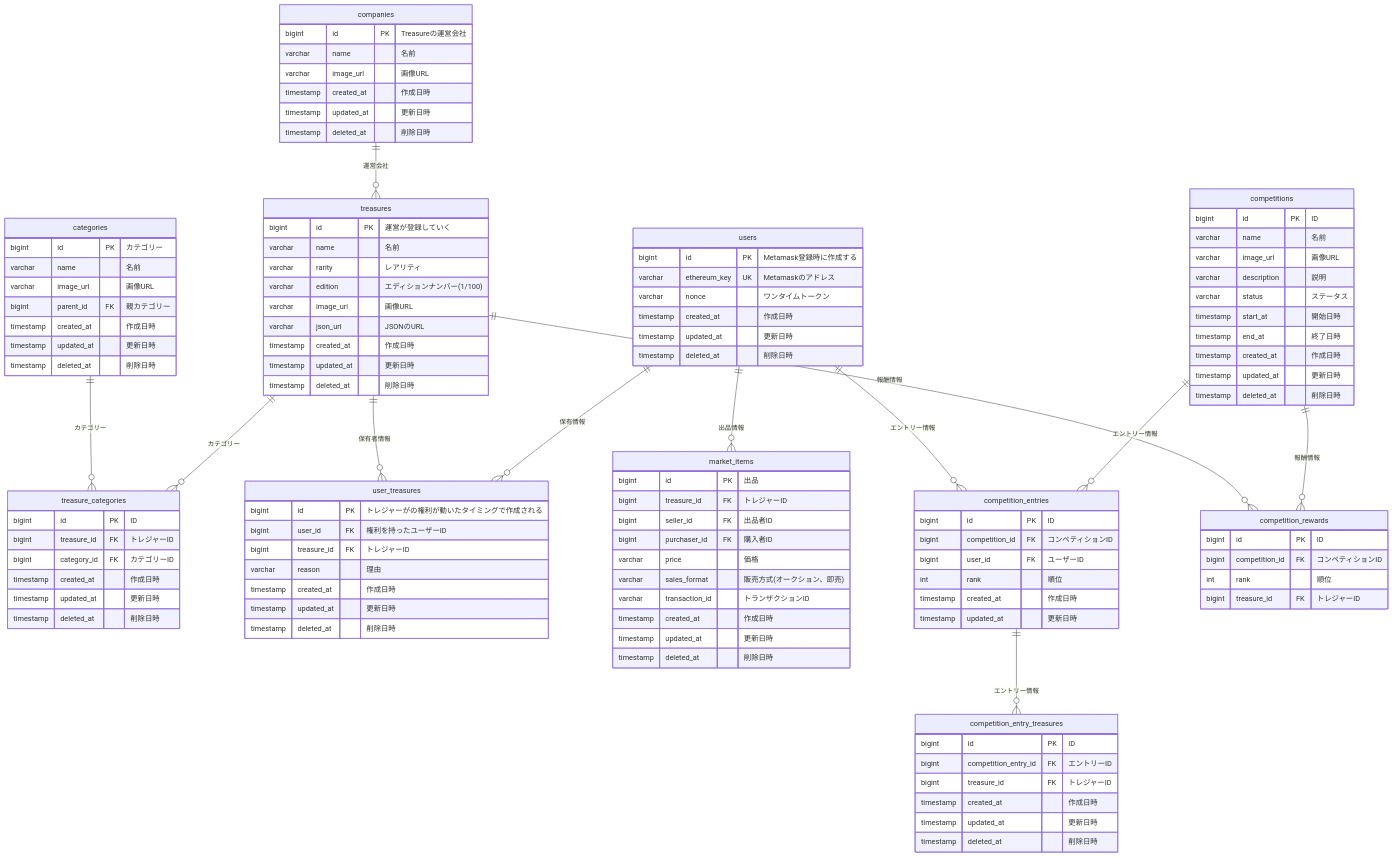
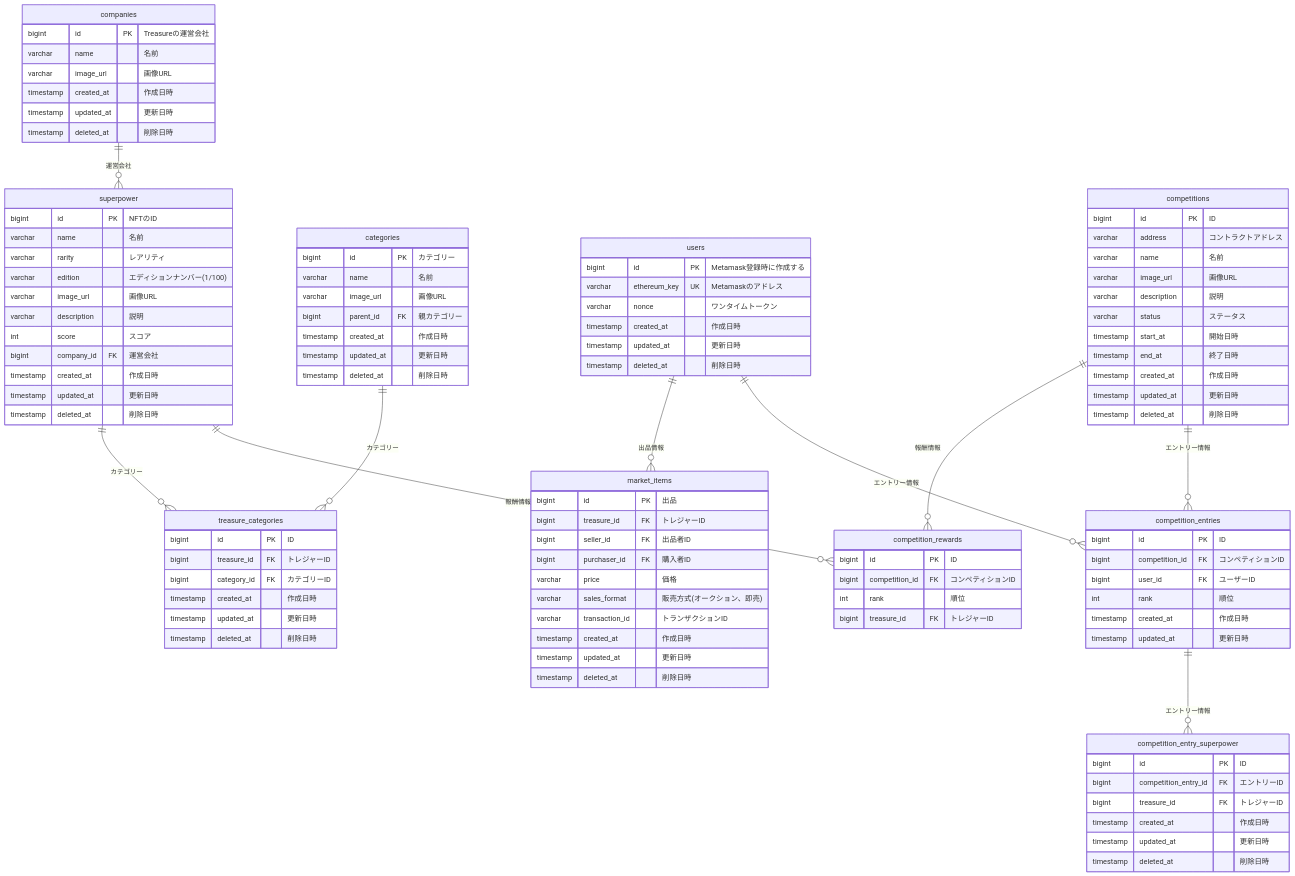
Before and after one commit to MIDORIinStealthmode/CarbonLeague_arfa: the diagram in docs/erd.md, drawn with Mermaid. The commit also changed other lines of this file, not shown here.

````diff
--- a/docs/erd.md
+++ b/docs/erd.md
@@ -11,13 +11,16 @@
         timestamp deleted_at "削除日時"
     }
 
-    treasures {
-        bigint id PK "運営が登録していく"
+    superpower {
+        bigint id PK "NFTのID"
         varchar name "名前"
         varchar rarity "レアリティ"
         varchar edition "エディションナンバー(1/100)"
         varchar image_url "画像URL"
-        varchar json_url "JSONのURL"
+        varchar description "説明"
+        int score "スコア"
+        bigint company_id FK "運営会社"
+        
         timestamp created_at "作成日時"
         timestamp updated_at "更新日時"
         timestamp deleted_at "削除日時"
@@ -42,8 +45,8 @@
         timestamp deleted_at "削除日時"
     }
     
-    companies ||--o{ treasures: "運営会社"
-    treasures ||--o{ treasure_categories: "カテゴリー"
+    companies ||--o{ superpower: "運営会社"
+    superpower ||--o{ treasure_categories: "カテゴリー"
     categories ||--o{ treasure_categories: "カテゴリー"
 
 
@@ -55,19 +58,6 @@
         timestamp updated_at "更新日時"
         timestamp deleted_at "削除日時"
     }
-
-    user_treasures {
-        bigint id PK "トレジャーがの権利が動いたタイミングで作成される"
-        bigint user_id FK "権利を持ったユーザーID"
-        bigint treasure_id FK "トレジャーID"
-        varchar reason "理由"
-        timestamp created_at "作成日時"
-        timestamp updated_at "更新日時"
-        timestamp deleted_at "削除日時"
-    }
-    users ||--o{ user_treasures: "保有情報"
-    treasures ||--o{ user_treasures: "保有者情報"
-
 
     market_items {
         bigint id PK "出品"
@@ -87,6 +77,7 @@
     
     competitions {
         bigint id PK "ID"
+        varchar address "コントラクトアドレス"
         varchar name "名前"
         varchar image_url "画像URL"
         varchar description "説明"
@@ -107,7 +98,7 @@
         timestamp updated_at "更新日時"
     }
     
-    competition_entry_treasures {
+    competition_entry_superpower {
         bigint id PK "ID"
         bigint competition_entry_id FK "エントリーID"
         bigint treasure_id FK "トレジャーID"
@@ -124,8 +115,10 @@
     }
 
     competitions ||--o{ competition_rewards: "報酬情報"
-    treasures ||--o{ competition_rewards: "報酬情報"
+    superpower ||--o{ competition_rewards: "報酬情報"
     competitions ||--o{ competition_entries: "エントリー情報"
-    competition_entries ||--o{ competition_entry_treasures: "エントリー情報"
+    competition_entries ||--o{ competition_entry_superpower: "エントリー情報"
     users ||--o{ competition_entries: "エントリー情報"
+    
+
 ```
````
